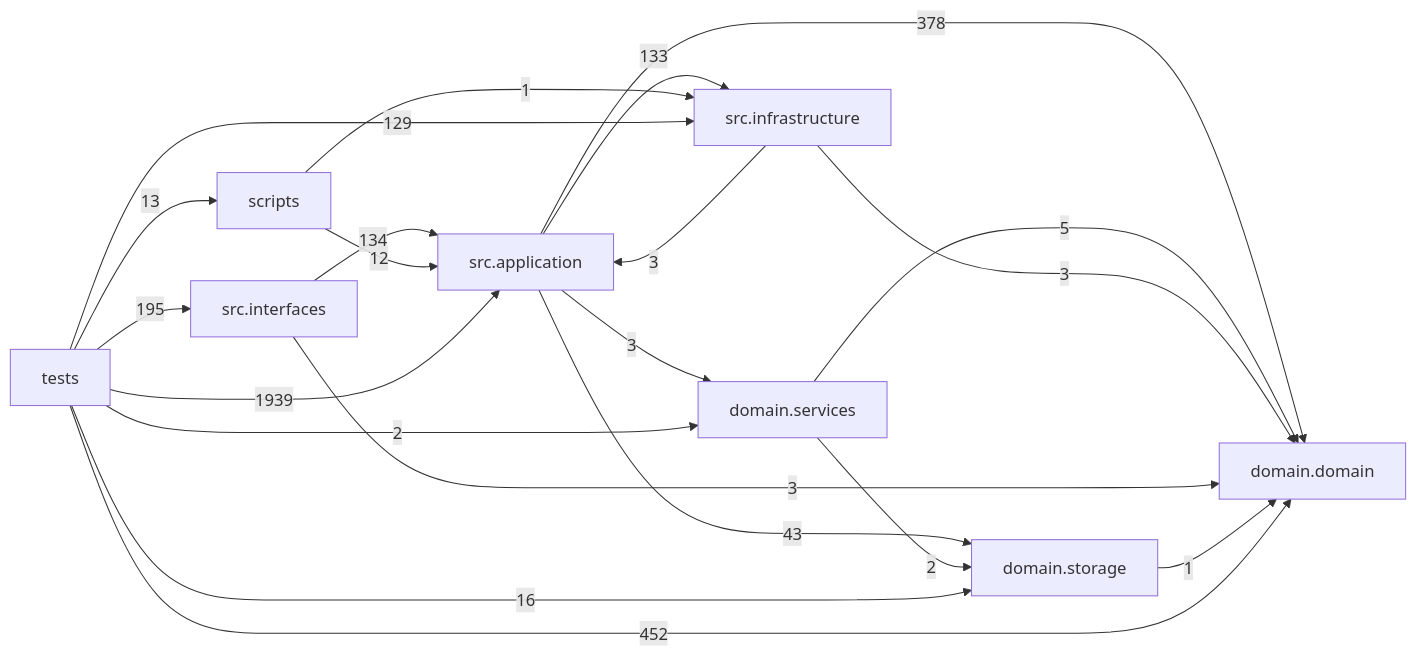
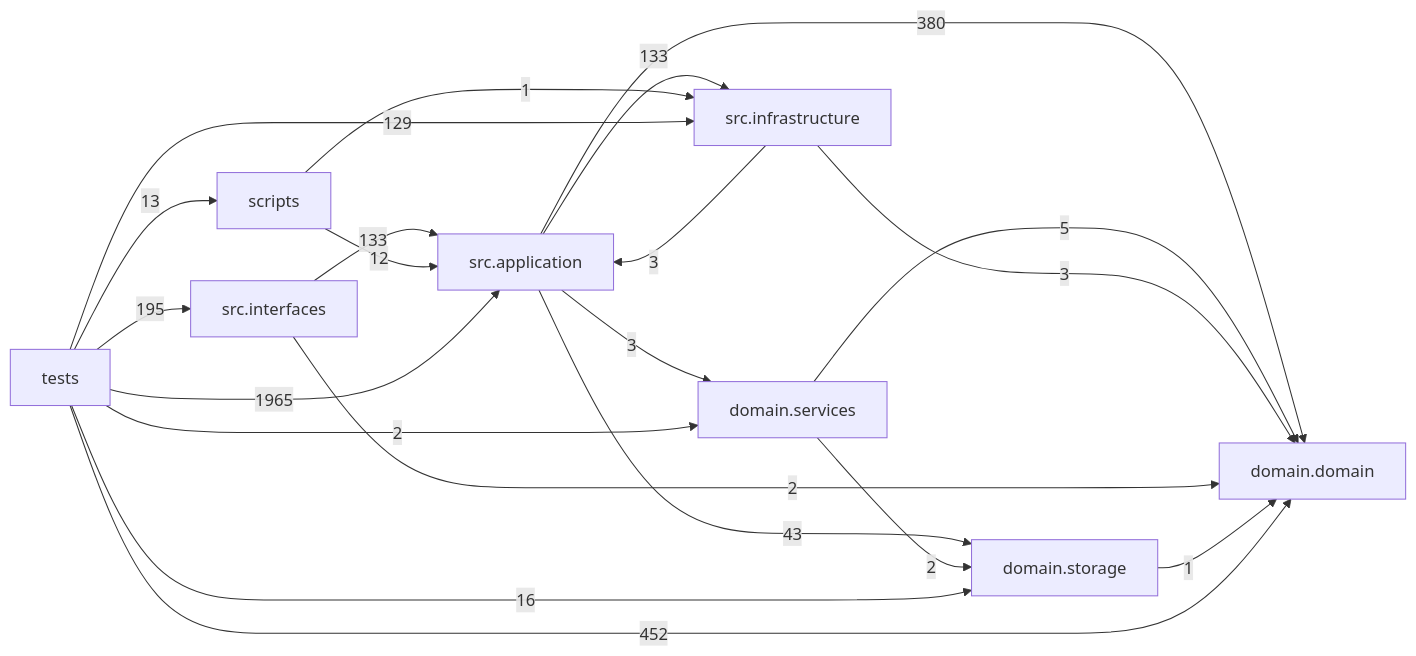
One commit to liuxie066/options-monitor changed the diagram in docs/DEPENDENCY_GRAPH.md. Above: the diagram before and after it, drawn with Mermaid. The commit also changed other lines of this file and 46 other files, not shown here.

````diff
--- a/docs/DEPENDENCY_GRAPH.md
+++ b/docs/DEPENDENCY_GRAPH.md
@@ -24,31 +24,31 @@
 ```mermaid
 flowchart LR
   tests["tests"]
   scripts["scripts"]
   interfaces["src.interfaces"]
   application["src.application"]
   infrastructure["src.infrastructure"]
   domain_services["domain.services"]
   domain["domain.domain"]
   storage["domain.storage"]
-  application -->|378| domain
+  application -->|380| domain
   application -->|3| domain_services
   application -->|133| infrastructure
   application -->|43| storage
   domain_services -->|5| domain
   domain_services -->|2| storage
   infrastructure -->|3| application
   infrastructure -->|3| domain
-  interfaces -->|134| application
-  interfaces -->|3| domain
+  interfaces -->|133| application
+  interfaces -->|2| domain
   scripts -->|12| application
   scripts -->|1| infrastructure
   storage -->|1| domain
-  tests -->|1939| application
+  tests -->|1965| application
   tests -->|452| domain
   tests -->|2| domain_services
   tests -->|129| infrastructure
   tests -->|195| interfaces
   tests -->|13| scripts
   tests -->|16| storage
 ```
````
